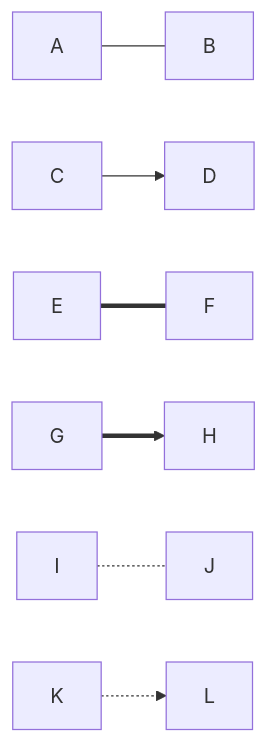
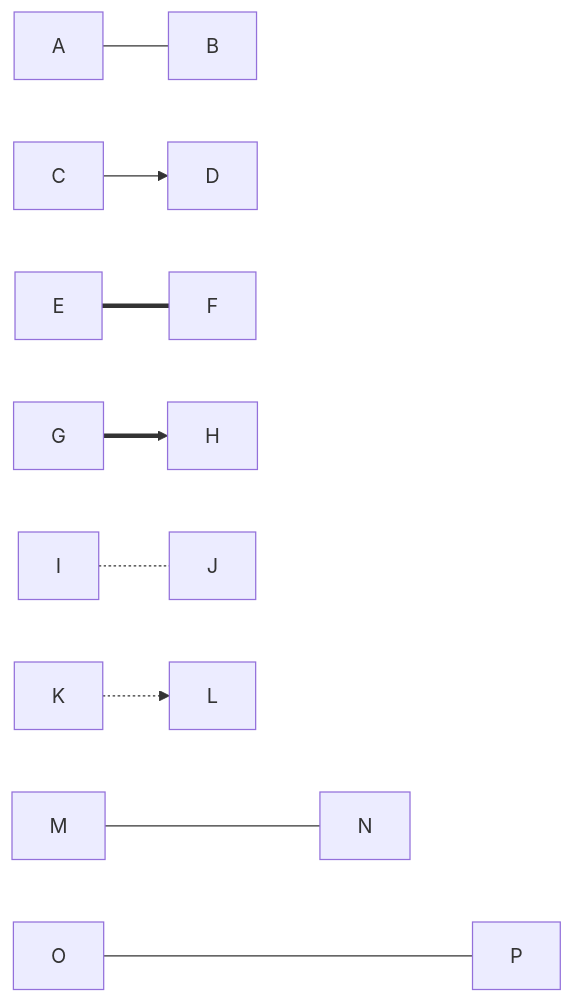
One commit to minrrww/vs_code_cpp changed the second of 35 diagrams in 了不起的Markdown/9.mermaid深入学习.md. Above: the diagram before and after it, drawn with Mermaid. The commit also changed other lines of this file and 7 other files, not shown here.

````diff
--- a/了不起的Markdown/9.mermaid深入学习.md
+++ b/了不起的Markdown/9.mermaid深入学习.md
@@ -38,9 +65,11 @@
 ```mermaid
 flowchart LR
 A --- B
 C --> D
 E === F
 G ==> H
 I -.- J
 K -.-> L
+M----N
+O-----P
 ```
````
